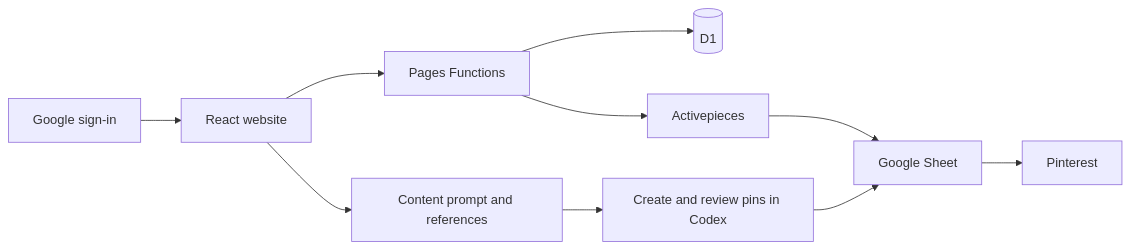
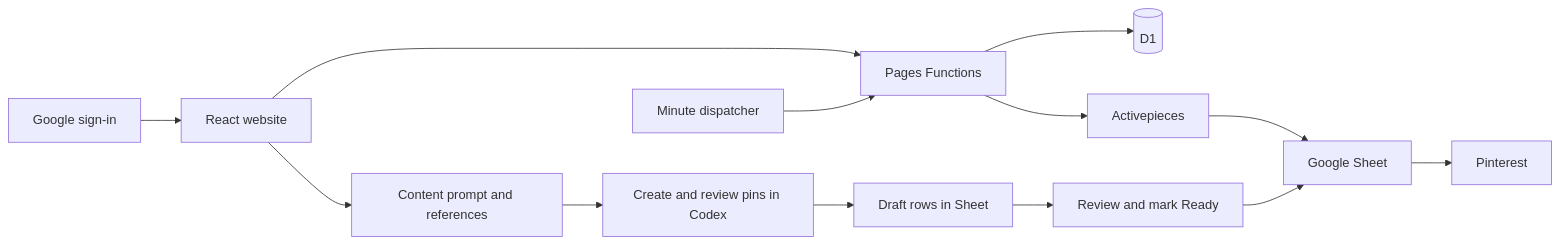
One commit to Houdaifa1/pinterest-automation-web changed the diagram in README.md. Above: the diagram before and after it, drawn with Mermaid. The commit also changed other lines of this file and 2 other files, not shown here.

````diff
--- a/README.md
+++ b/README.md
@@ -34,12 +39,15 @@
 ```mermaid
 flowchart LR
   User[Google sign-in] --> Web[React website]
   Web --> API[Pages Functions]
   API --> DB[(D1)]
+  Clock[Minute dispatcher] --> API
   API --> AP[Activepieces]
   AP --> Sheet[Google Sheet]
   Sheet --> Pinterest[Pinterest]
   Web --> Prompt[Content prompt and references]
   Prompt --> Review[Create and review pins in Codex]
-  Review --> Sheet
+  Review --> Draft[Draft rows in Sheet]
+  Draft --> Approve[Review and mark Ready]
+  Approve --> Sheet
 ```
````
